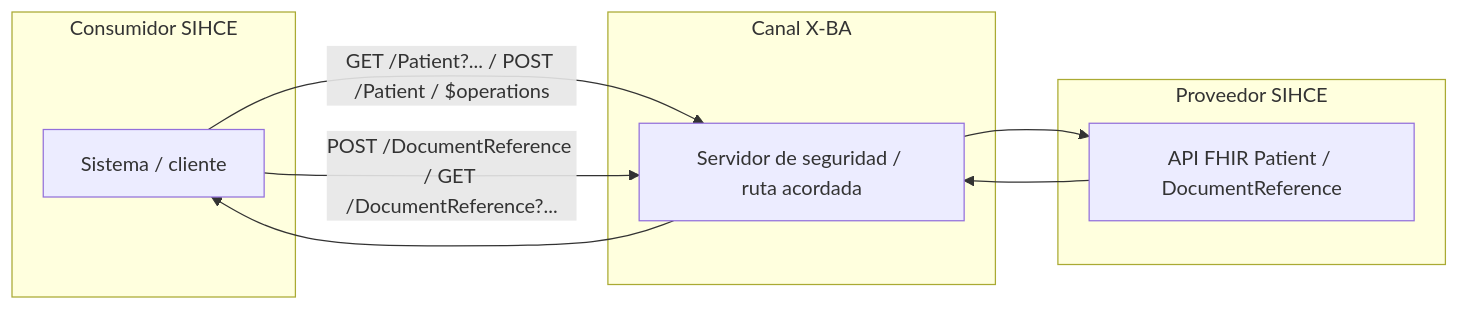
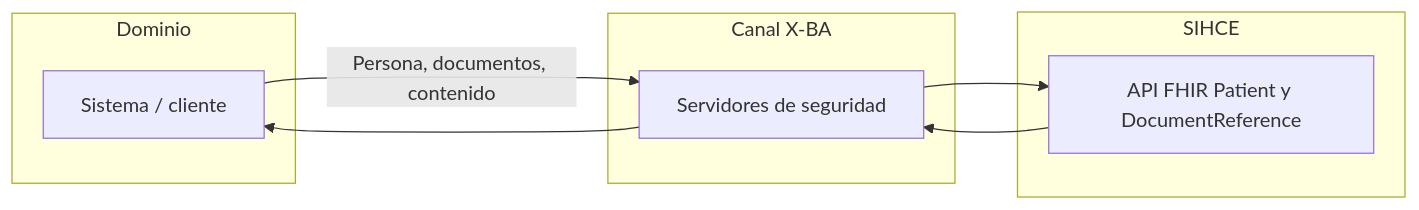
One commit to HL7-AR/sihce-ig changed the first of 9 diagrams in input/pagecontent/CasosDeUso.md. Above: the diagram before and after it, drawn with Mermaid. The commit also changed other lines of this file and 966 other files, not shown here.

First line of the commit message:
Aclarar arquitectura SIHCE/Canal X-BA y alinear ejemplos de lab/epicrisis.

````diff
--- a/input/pagecontent/CasosDeUso.md
+++ b/input/pagecontent/CasosDeUso.md
@@ -5,17 +9,16 @@
 ```mermaid
 flowchart LR
-  subgraph Consumidor["Consumidor SIHCE"]
+  subgraph Dominio["Dominio"]
     CAPP[Sistema / cliente]
   end
-  subgraph XRoad["Canal X-BA"]
-    XR[Servidor de seguridad / ruta acordada]
+  subgraph Canal["Canal X-BA"]
+    XR[Servidores de seguridad]
   end
-  subgraph Proveedor["Proveedor SIHCE"]
-    FHIR[API FHIR Patient / DocumentReference]
+  subgraph Proveedor["SIHCE"]
+    FHIR[API FHIR Patient y DocumentReference]
   end
-  CAPP -->|"GET /Patient?... / POST /Patient / $operations"| XR
-  CAPP -->|"POST /DocumentReference / GET /DocumentReference?..."| XR
+  CAPP -->|"Persona, documentos, contenido"| XR
   XR --> FHIR
   FHIR --> XR
   XR --> CAPP
 ```
````
